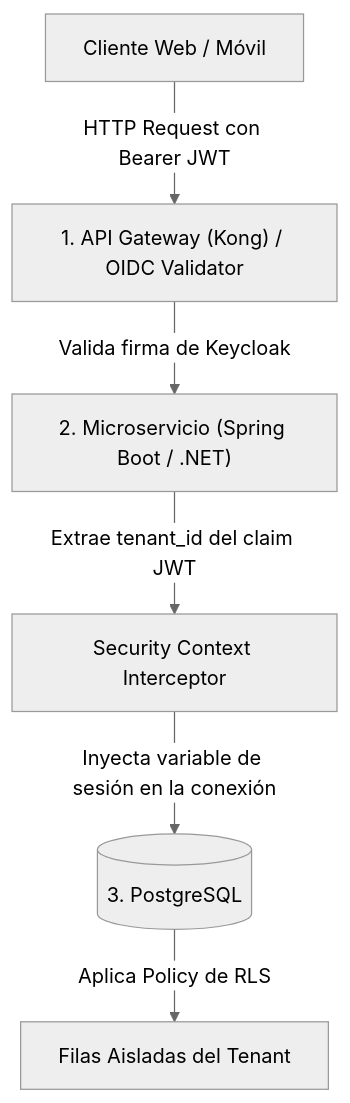
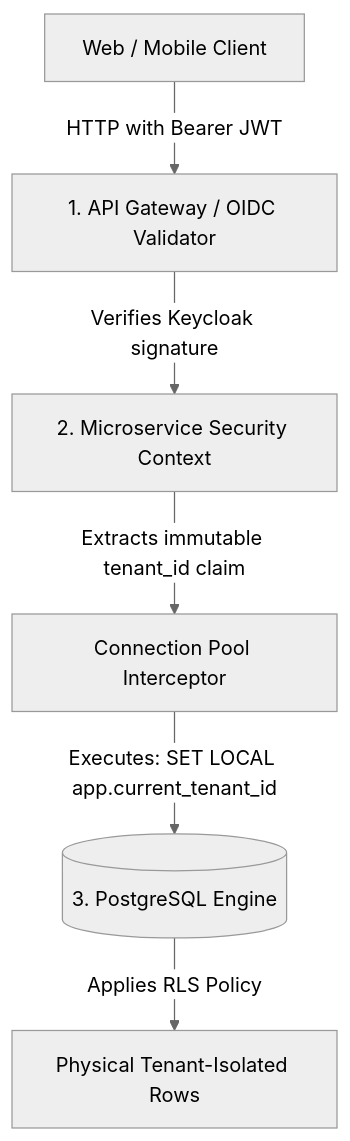
Before and after one commit to daniel2004-lsd/worksphere-docs: the diagram in 05-architecture/decisions/ADR-002-multitenancy-rls-keycloak.md, drawn with Mermaid (neutral theme). The commit also changed other lines of this file and 22 other files, not shown here.

Commit message:
docs(all): complete english enterprise architecture, security policy, non-functional requirements and EcoRuteandoDb liquibase governance (#4)

````diff
--- a/05-architecture/decisions/ADR-002-multitenancy-rls-keycloak.md
+++ b/05-architecture/decisions/ADR-002-multitenancy-rls-keycloak.md
@@ -37,8 +37,8 @@
 ```mermaid
 flowchart TD
-    Client["Cliente Web / Móvil"] -->|HTTP Request con Bearer JWT| Kong["1. API Gateway (Kong) / OIDC Validator"]
-    Kong -->|Valida firma de Keycloak| Micro["2. Microservicio (Spring Boot / .NET)"]
-    Micro -->|Extrae tenant_id del claim JWT| Interceptor["Security Context Interceptor"]
-    Interceptor -->|Inyecta variable de sesión en la conexión| DB[("3. PostgreSQL")]
-    DB -->|Aplica Policy de RLS| Rows["Filas Aisladas del Tenant"]
+    Client["Web / Mobile Client"] -->|HTTP with Bearer JWT| Kong["1. API Gateway / OIDC Validator"]
+    Kong -->|Verifies Keycloak signature| Micro["2. Microservice Security Context"]
+    Micro -->|Extracts immutable tenant_id claim| Interceptor["Connection Pool Interceptor"]
+    Interceptor -->|Executes: SET LOCAL app.current_tenant_id| DB[("3. PostgreSQL Engine")]
+    DB -->|Applies RLS Policy| Rows["Physical Tenant-Isolated Rows"]
 ```
````
